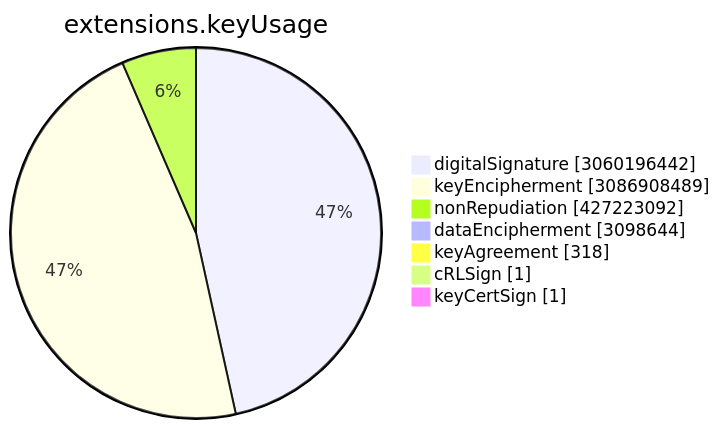
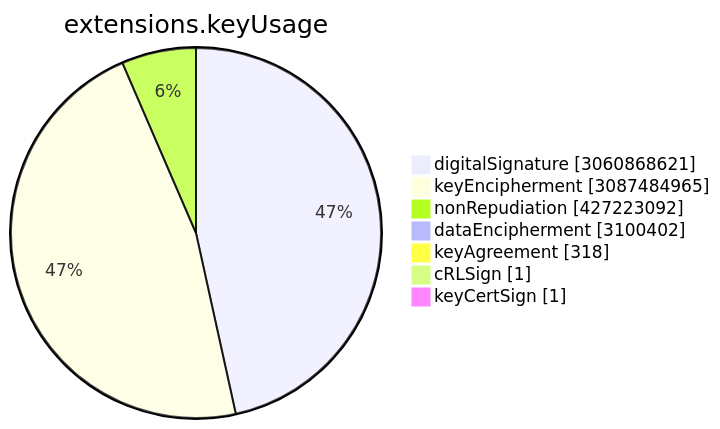
The sixth of 15 diagrams in TOTAL/README.md (christiankrug/ctmonitor_visualization), drawn with Mermaid before and after one commit. The commit also changed other lines of this file, not shown here.

````diff
--- a/TOTAL/README.md
+++ b/TOTAL/README.md
@@ -3075,11 +3075,11 @@
 ```mermaid
 pie showData
 title extensions.keyUsage
-"digitalSignature" :3060196442
-"keyEncipherment" :3086908489
+"digitalSignature" :3060868621
+"keyEncipherment" :3087484965
 "nonRepudiation" :427223092
-"dataEncipherment" :3098644
+"dataEncipherment" :3100402
 "keyAgreement" :318
 "cRLSign" :1
 "keyCertSign" :1
 ```
````
